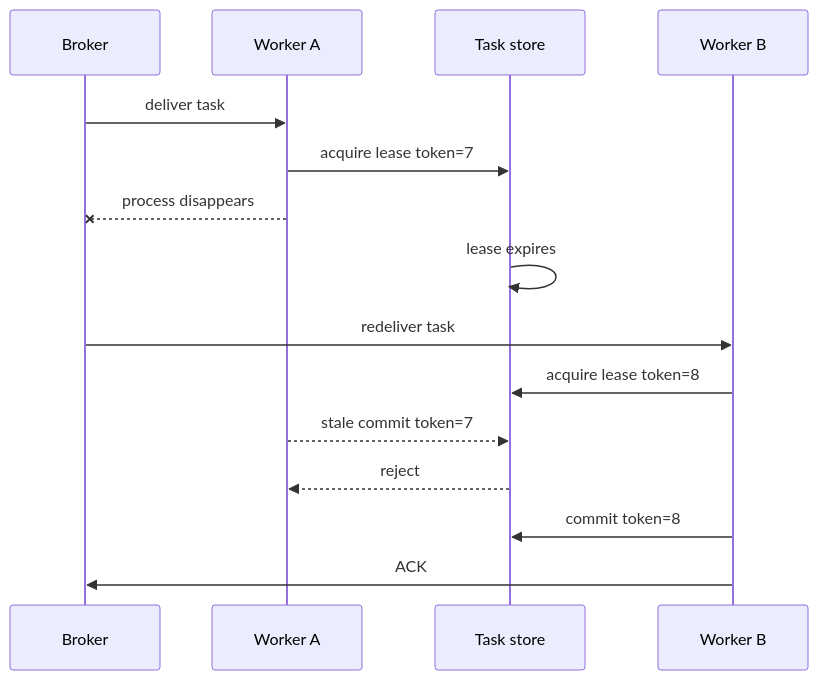
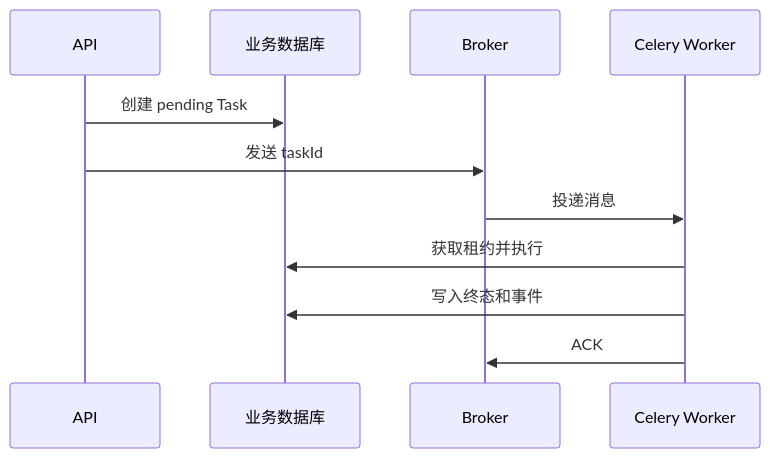
Before and after one commit to upJiang/jiang-blog-vitepress: the diagram in docs/backend/celery-async-tasks.md, drawn with Mermaid. The commit also changed other lines of this file and 164 other files, not shown here.

````diff
--- a/docs/backend/celery-async-tasks.md
+++ b/docs/backend/celery-async-tasks.md
@@ -39,17 +24,13 @@
 ```mermaid
 sequenceDiagram
+  participant A as API
+  participant D as 业务数据库
   participant B as Broker
-  participant W1 as Worker A
-  participant D as Task store
-  participant W2 as Worker B
-  B->>W1: deliver task
-  W1->>D: acquire lease token=7
-  W1--xB: process disappears
-  D->>D: lease expires
-  B->>W2: redeliver task
-  W2->>D: acquire lease token=8
-  W1-->>D: stale commit token=7
-  D-->>W1: reject
-  W2->>D: commit token=8
-  W2->>B: ACK
+  participant W as Celery Worker
+  A->>D: 创建 pending Task
+  A->>B: 发送 taskId
+  B->>W: 投递消息
+  W->>D: 获取租约并执行
+  W->>D: 写入终态和事件
+  W->>B: ACK
 ```
````
